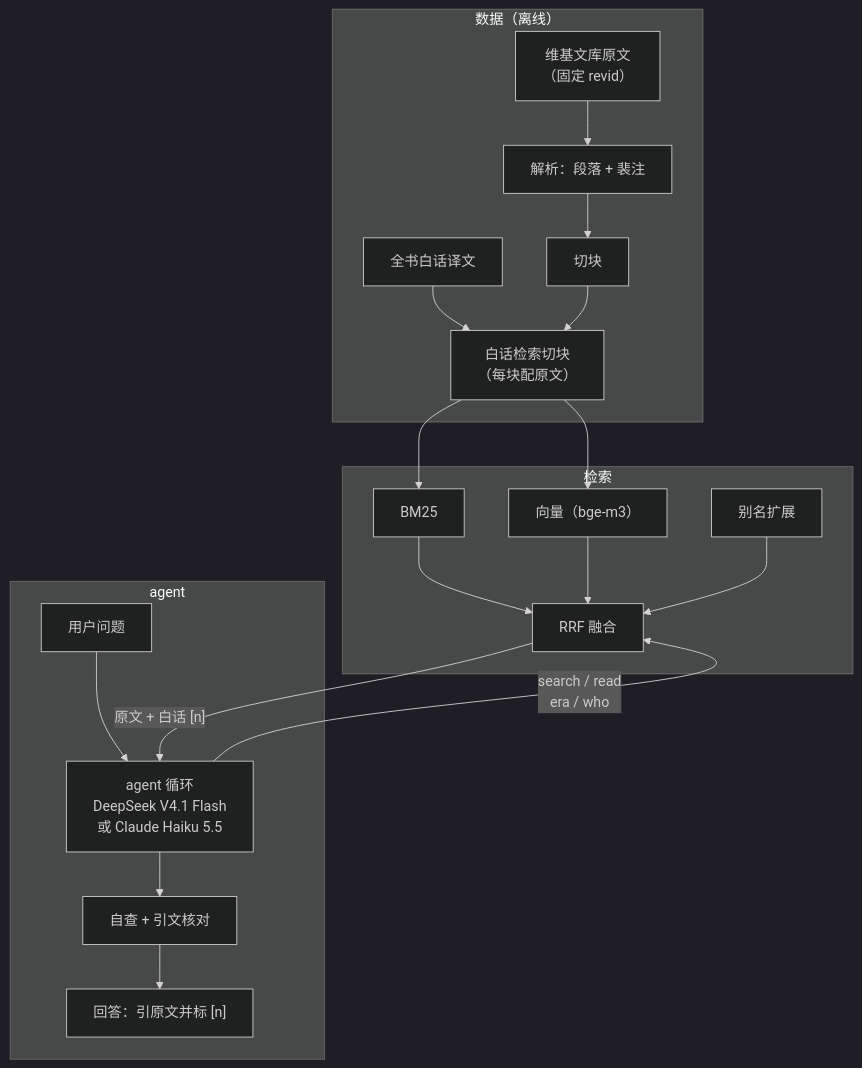
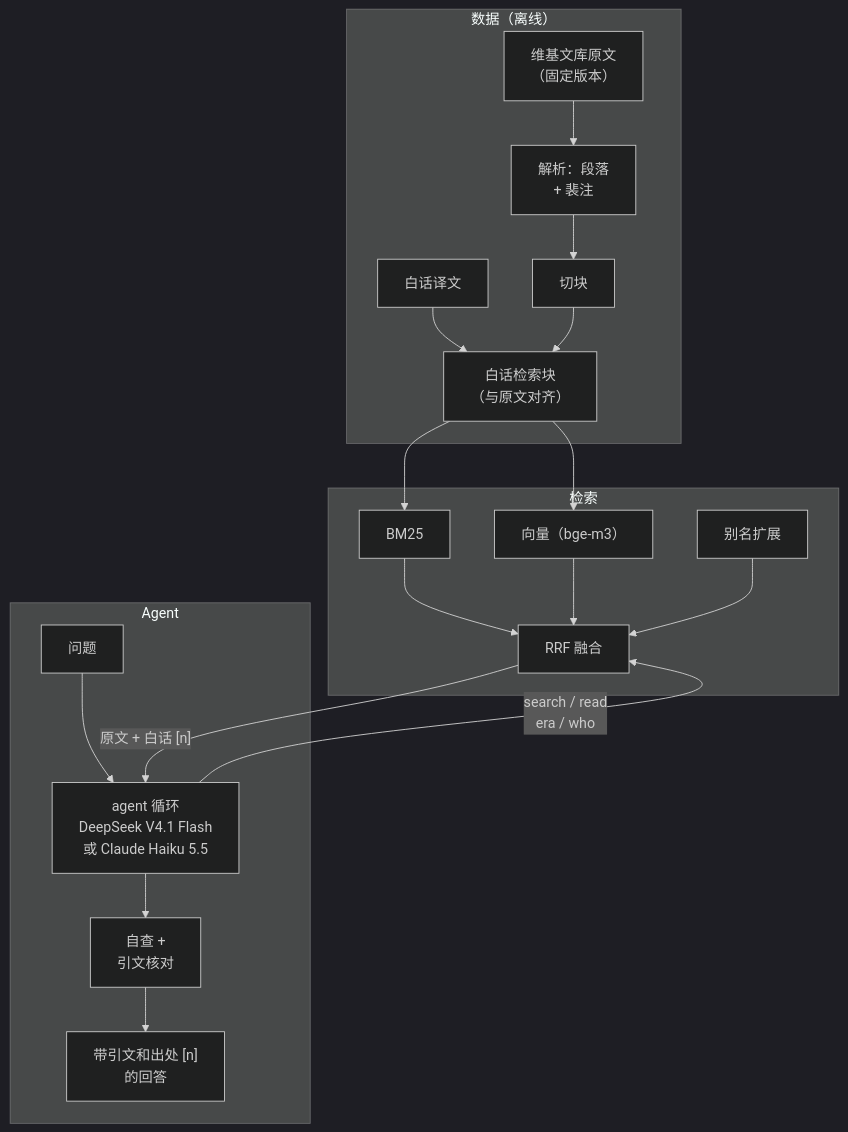
The diagram in README.zh-CN.md (DynHelium/sanguozhi-rag), drawn with Mermaid (dark theme) before and after one commit. The commit also changed other lines of this file and 15 other files, not shown here.

````diff
--- a/README.zh-CN.md
+++ b/README.zh-CN.md
@@ -59,23 +65,23 @@
 ```mermaid
 flowchart TB
-    subgraph 数据["数据（离线）"]
-        W["维基文库原文<br/>（固定 revid）"] --> P["解析：段落 + 裴注"]
+    subgraph data["数据（离线）"]
+        W["维基文库原文<br/>（固定版本）"] --> P["解析：段落<br/>+ 裴注"]
         P --> C["切块"]
-        T["全书白话译文"] --> TC["白话检索切块<br/>（每块配原文）"]
+        T["白话译文"] --> TC["白话检索块<br/>（与原文对齐）"]
         C --> TC
     end
-    subgraph 检索["检索"]
+    subgraph retrieval["检索"]
         B["BM25"] --> F["RRF 融合"]
         D["向量（bge-m3）"] --> F
         E["别名扩展"] --> F
     end
-    subgraph 回答["agent"]
-        Q["用户问题"] --> L["agent 循环<br/>DeepSeek V4.1 Flash<br/>或 Claude Haiku 5.5"]
-        L --> R["自查 + 引文核对"]
-        R --> O["回答：引原文并标 [n]"]
+    subgraph agent["Agent"]
+        Q["问题"] --> L["agent 循环<br/>DeepSeek V4.1 Flash<br/>或 Claude Haiku 5.5"]
+        L --> R["自查 +<br/>引文核对"]
+        R --> O["带引文和出处 [n]<br/>的回答"]
     end
     TC --> B
     TC --> D
     L -- "search / read<br/>era / who" --> F
     F -- "原文 + 白话 [n]" --> L
 ```
````
